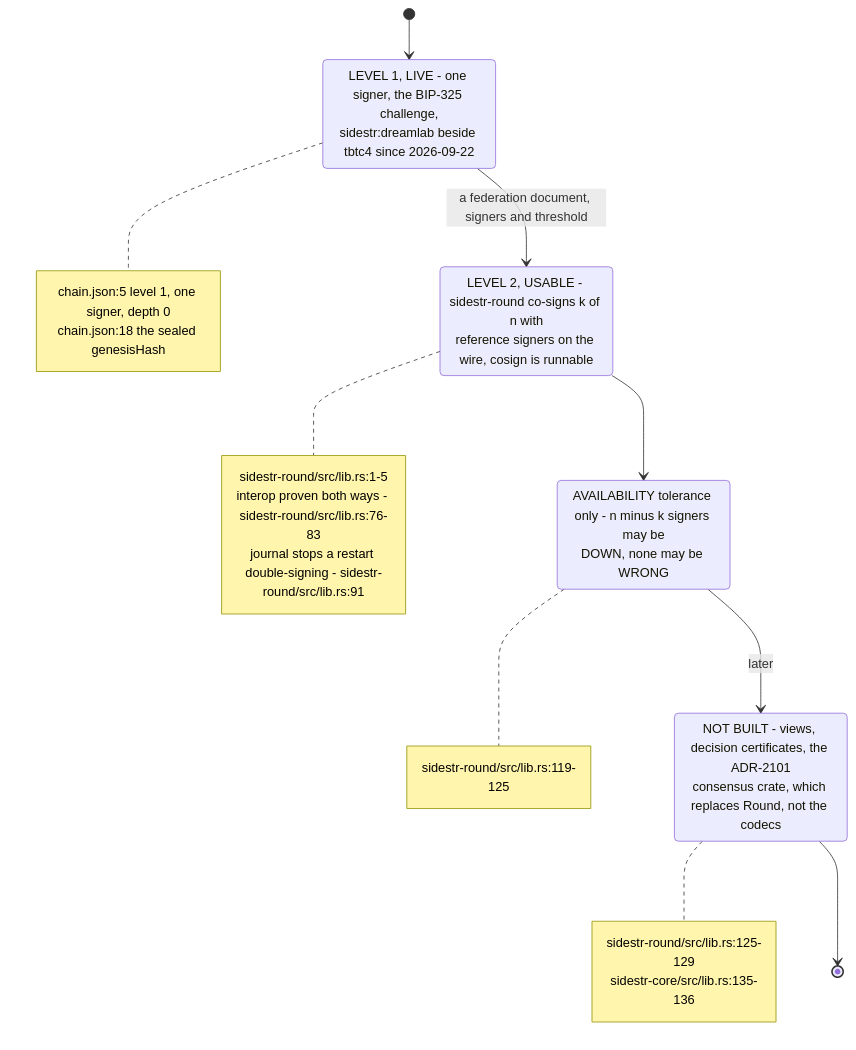
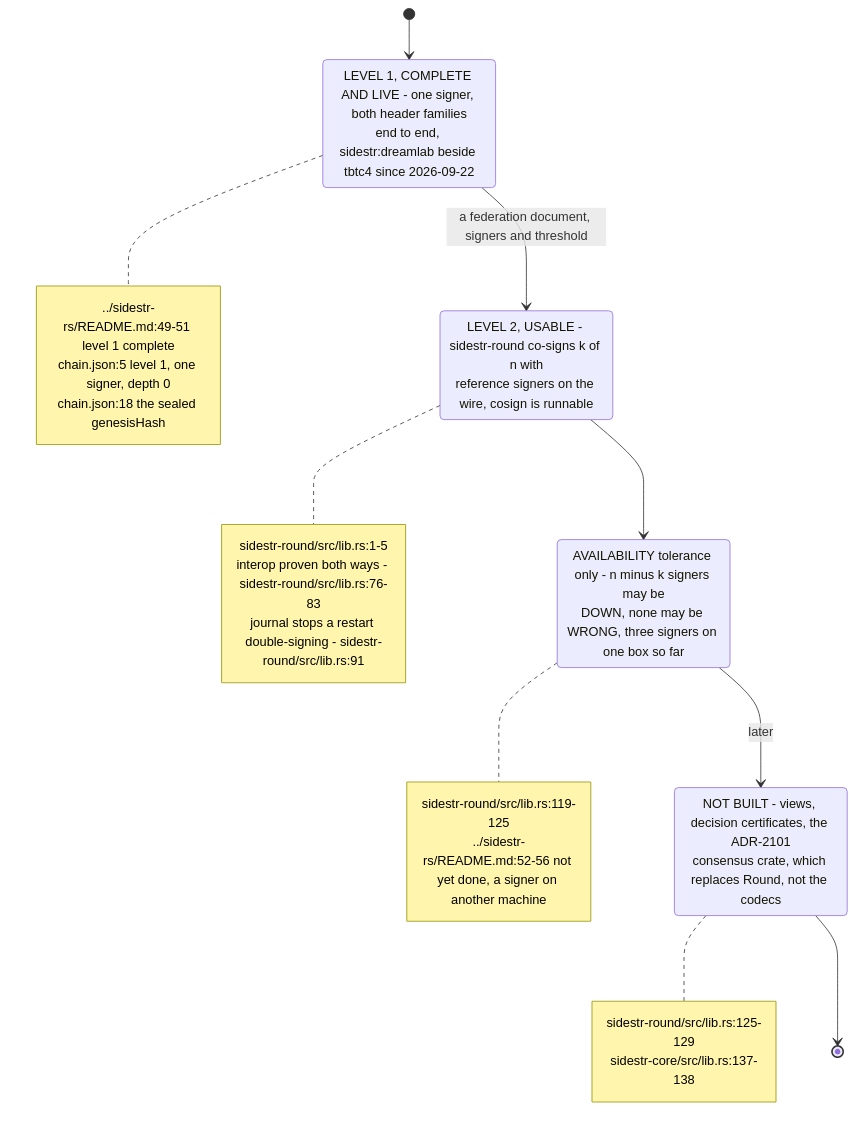
One commit to DreamLab-AI/VisionFlow changed the sixth of 6 diagrams in docs/diagrams/sidestr-rs/01-crates-oracle-and-live-loop.md. Above: the diagram before and after it, drawn with Mermaid. The commit also changed other lines of this file and 5 other files, not shown here.

First line of the commit message:
docs(diagrams): re-stamp SR-01 at sidestr-rs 592b2ff — six crates, pinned oracle CI, SPEC 0.0.3, sidestr-agent

````diff
--- a/docs/diagrams/sidestr-rs/01-crates-oracle-and-live-loop.md
+++ b/docs/diagrams/sidestr-rs/01-crates-oracle-and-live-loop.md
@@ -192,28 +207,30 @@
 ```mermaid
 stateDiagram-v2
     [*] --> Level1
-    Level1: LEVEL 1, LIVE - one signer, the BIP-325 challenge,<br/>sidestr:dreamlab beside tbtc4 since 2026-09-22
+    Level1: LEVEL 1, COMPLETE AND LIVE - one signer, both header families<br/>end to end, sidestr:dreamlab beside tbtc4 since 2026-09-22
     note right of Level1
+        ../sidestr-rs/README.md:49-51 level 1 complete
         chain.json:5 level 1, one signer, depth 0
         chain.json:18 the sealed genesisHash
     end note
     Level1 --> Level2 : a federation document, signers and threshold
     Level2: LEVEL 2, USABLE - sidestr-round co-signs k of n with<br/>reference signers on the wire, cosign is runnable
     note right of Level2
         sidestr-round/src/lib.rs:1-5
         interop proven both ways - sidestr-round/src/lib.rs:76-83
         journal stops a restart double-signing - sidestr-round/src/lib.rs:91
     end note
     Level2 --> Limits
-    Limits: AVAILABILITY tolerance only - n minus k signers may be<br/>DOWN, none may be WRONG
+    Limits: AVAILABILITY tolerance only - n minus k signers may be<br/>DOWN, none may be WRONG, three signers on one box so far
     note right of Limits
         sidestr-round/src/lib.rs:119-125
+        ../sidestr-rs/README.md:52-56 not yet done, a signer on another machine
     end note
     Limits --> BFT : later
     BFT: NOT BUILT - views, decision certificates, the ADR-2101<br/>consensus crate, which replaces Round, not the codecs
     note right of BFT
         sidestr-round/src/lib.rs:125-129
-        sidestr-core/src/lib.rs:135-136
+        sidestr-core/src/lib.rs:137-138
     end note
     BFT --> [*]
 ```
````
